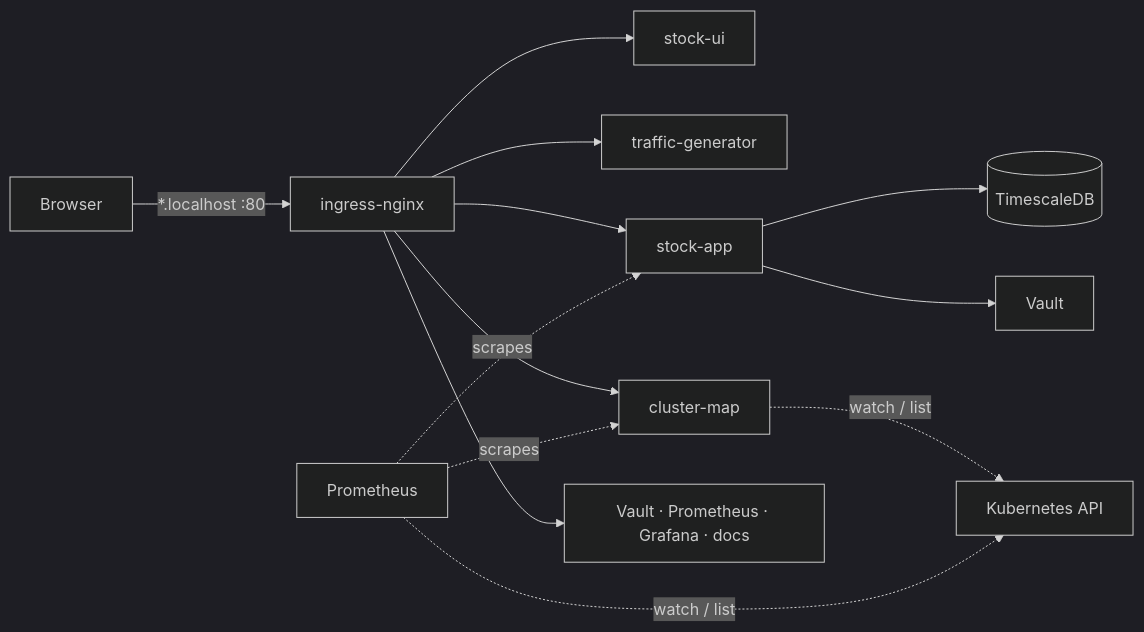
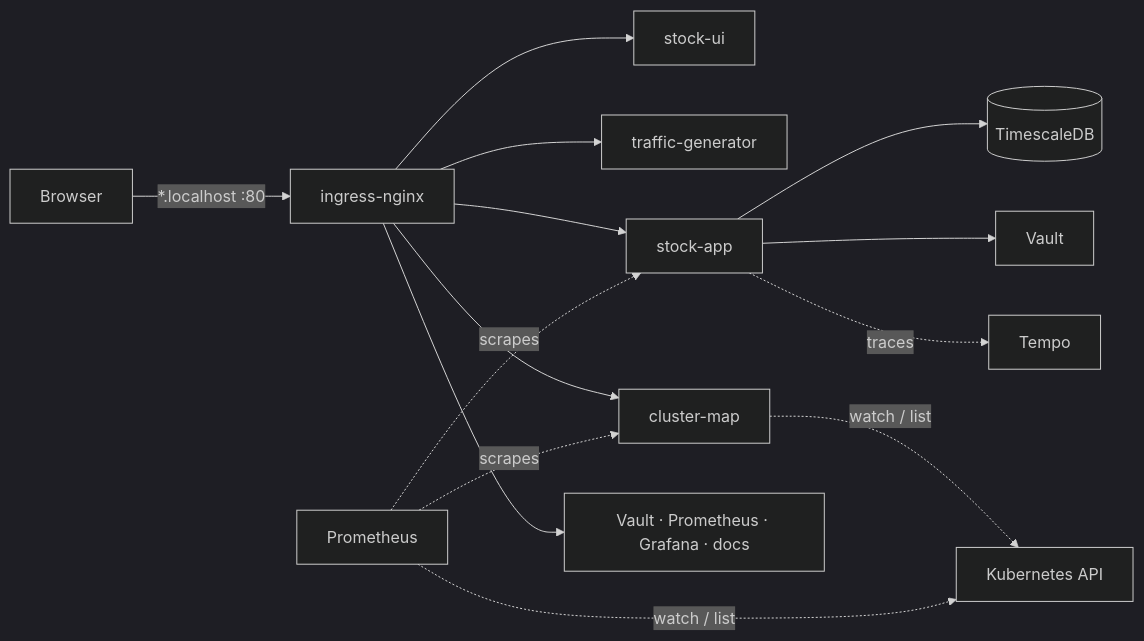
The diagram in documentation/docs/design.md (Jeremiaszmacura/platform-engineering-stack), drawn with Mermaid (dark theme) before and after one commit. The commit also changed other lines of this file and 29 other files, not shown here.

````diff
--- a/documentation/docs/design.md
+++ b/documentation/docs/design.md
@@ -9,9 +9,10 @@
 ```mermaid
 flowchart LR
     B[Browser] -->|"*.localhost :80"| IC[ingress-nginx]
     IC --> SUI[stock-ui] & TG[traffic-generator] & ST[stock-app] & CM[cluster-map] & OTHER["Vault · Prometheus · Grafana · docs"]
     ST --> TS[(TimescaleDB)]
     ST --> VA[Vault]
     PR[Prometheus] -.scrapes.-> ST & CM
+    ST -.traces.-> TE[Tempo]
     CM & PR -.watch / list.-> API[Kubernetes API]
 ```
````
